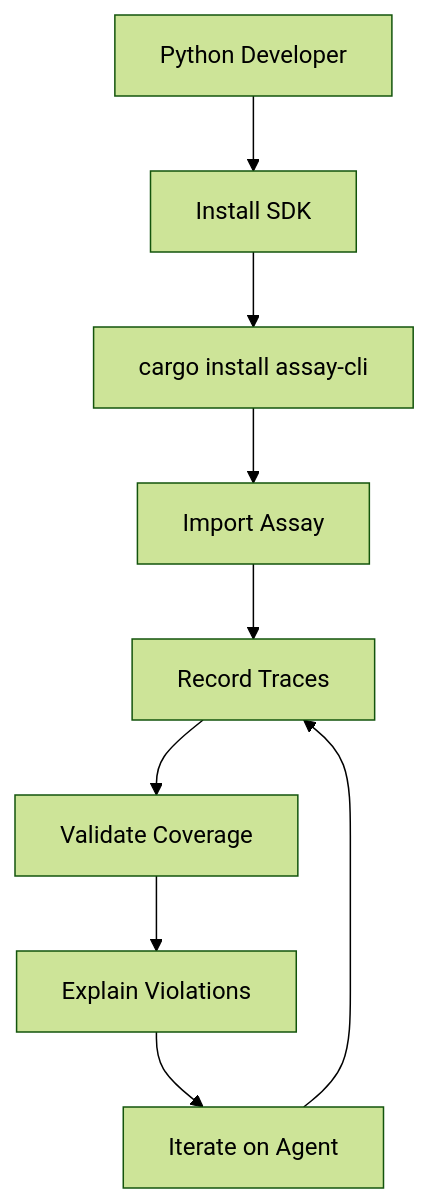
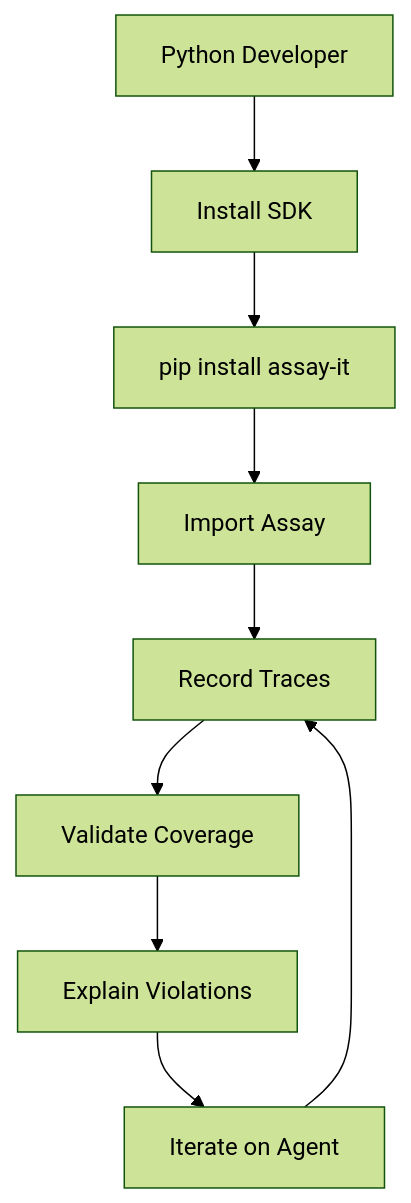
Before and after one commit to Rul1an/assay: the seventh of 12 diagrams in docs/AIcontext/user-flows.md, drawn with Mermaid (forest theme). The commit also changed other lines of this file and 5 other files, not shown here.

````diff
--- a/docs/AIcontext/user-flows.md
+++ b/docs/AIcontext/user-flows.md
@@ -243,11 +243,11 @@
 ```mermaid
 flowchart TD
     start[Python Developer] --> install[Install SDK]
-    install --> pip[cargo install assay-cli]
-    pip --> import[Import Assay]
+    install --> sdk[pip install assay-it]
+    sdk --> import[Import Assay]
     import --> record[Record Traces]
     record --> validate[Validate Coverage]
     validate --> explain[Explain Violations]
     explain --> iterate[Iterate on Agent]
     iterate --> record
 ```
````
